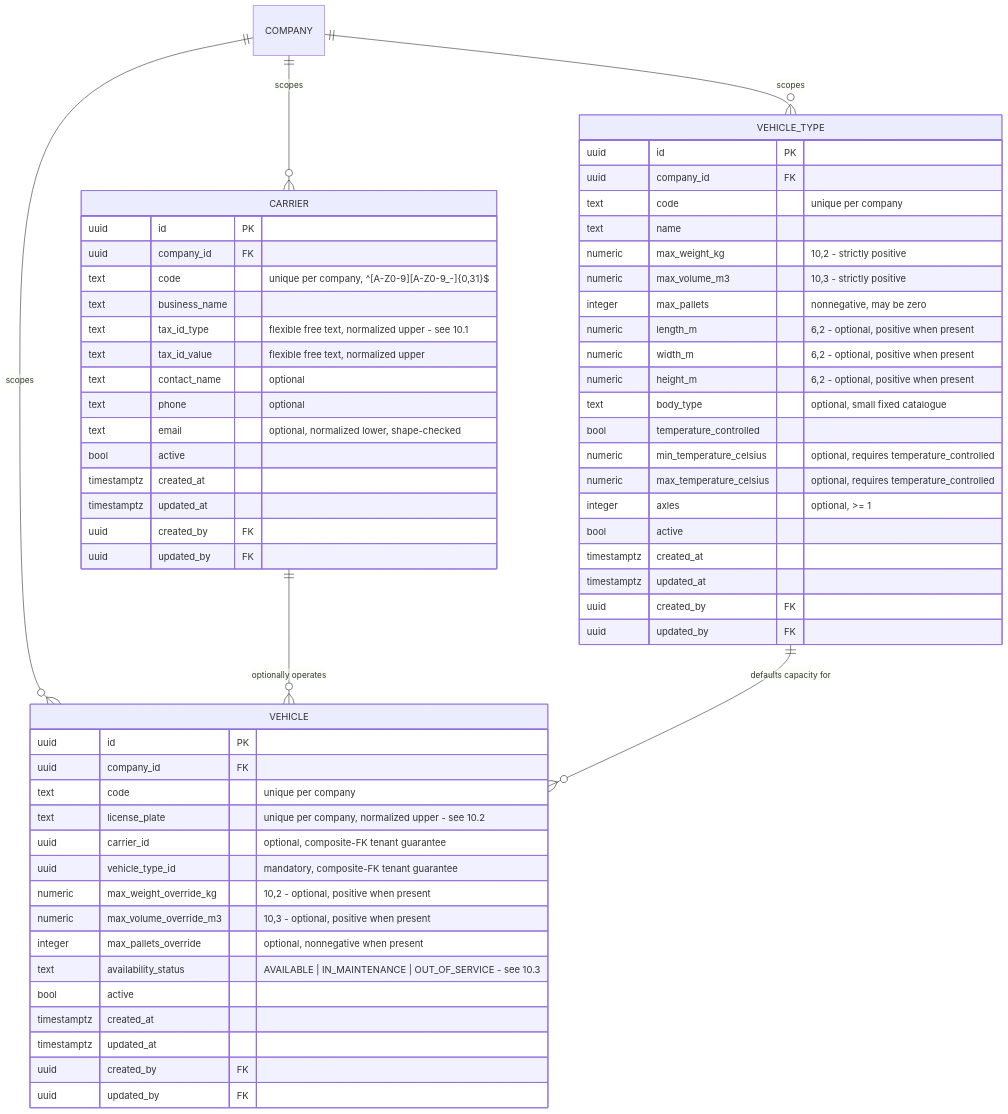
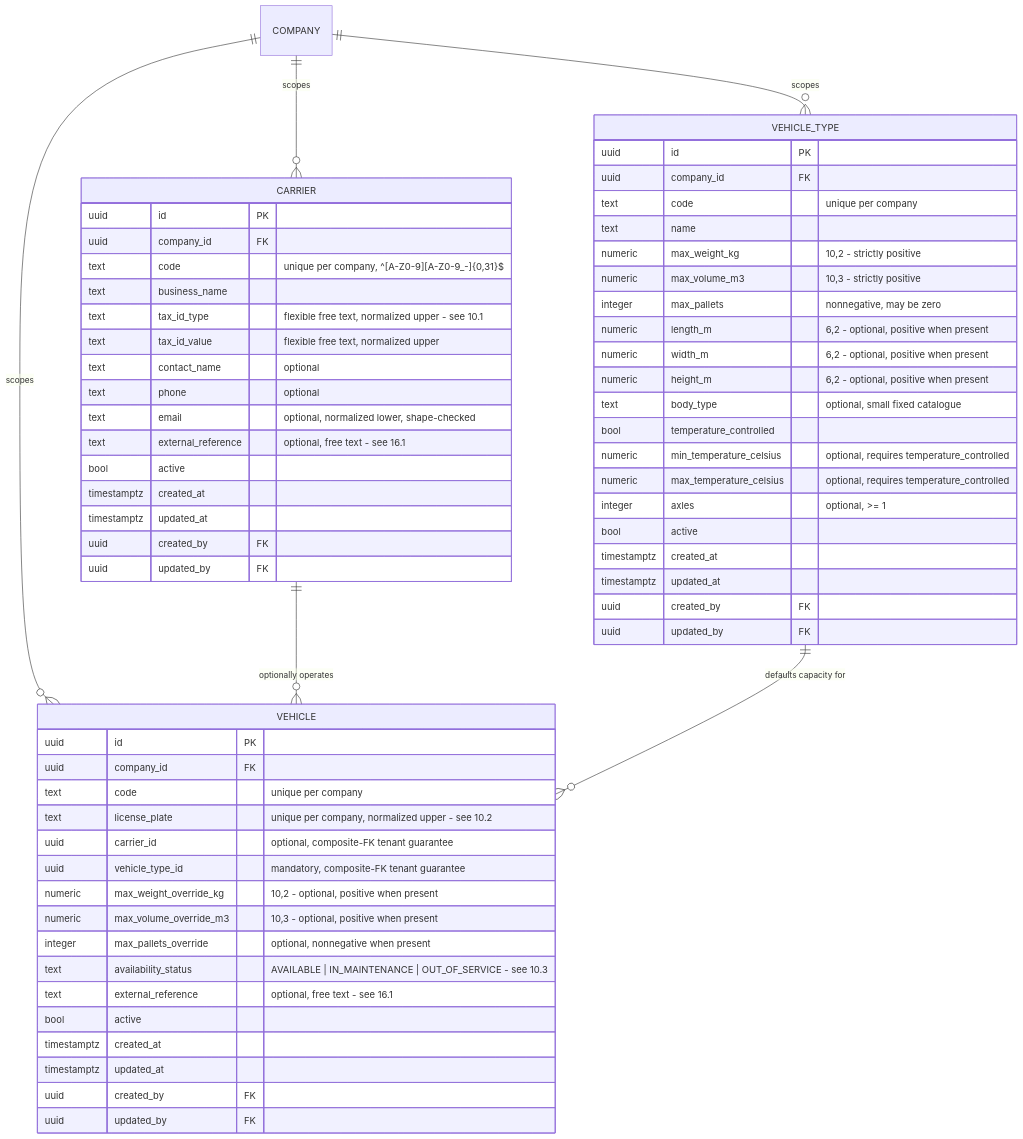
The fifth of 8 diagrams in docs/database/DATA_MODEL.md (dcalagua/TMS), drawn with Mermaid before and after one commit. The commit also changed other lines of this file and 26 other files, not shown here.

First line of the commit message:
feat(fleet): carrier/vehicle external reference and vehicle double-booking invariant

````diff
--- a/docs/database/DATA_MODEL.md
+++ b/docs/database/DATA_MODEL.md
@@ -625,64 +625,66 @@
 ```mermaid
 erDiagram
     COMPANY      ||--o{ CARRIER      : "scopes"
     COMPANY      ||--o{ VEHICLE_TYPE : "scopes"
     COMPANY      ||--o{ VEHICLE      : "scopes"
     CARRIER      ||--o{ VEHICLE      : "optionally operates"
     VEHICLE_TYPE ||--o{ VEHICLE      : "defaults capacity for"
 
     CARRIER {
         uuid id PK
         uuid company_id FK
         text code "unique per company, ^[A-Z0-9][A-Z0-9_-]{0,31}$"
         text business_name
         text tax_id_type "flexible free text, normalized upper - see 10.1"
         text tax_id_value "flexible free text, normalized upper"
         text contact_name "optional"
         text phone "optional"
         text email "optional, normalized lower, shape-checked"
+        text external_reference "optional, free text - see 16.1"
         bool active
         timestamptz created_at
         timestamptz updated_at
         uuid created_by FK
         uuid updated_by FK
     }
     VEHICLE_TYPE {
         uuid id PK
         uuid company_id FK
         text code "unique per company"
         text name
         numeric max_weight_kg "10,2 - strictly positive"
         numeric max_volume_m3 "10,3 - strictly positive"
         integer max_pallets "nonnegative, may be zero"
         numeric length_m "6,2 - optional, positive when present"
         numeric width_m "6,2 - optional, positive when present"
         numeric height_m "6,2 - optional, positive when present"
         text body_type "optional, small fixed catalogue"
         bool temperature_controlled
         numeric min_temperature_celsius "optional, requires temperature_controlled"
         numeric max_temperature_celsius "optional, requires temperature_controlled"
         integer axles "optional, >= 1"
         bool active
         timestamptz created_at
         timestamptz updated_at
         uuid created_by FK
         uuid updated_by FK
     }
     VEHICLE {
         uuid id PK
         uuid company_id FK
         text code "unique per company"
         text license_plate "unique per company, normalized upper - see 10.2"
         uuid carrier_id "optional, composite-FK tenant guarantee"
         uuid vehicle_type_id "mandatory, composite-FK tenant guarantee"
         numeric max_weight_override_kg "10,2 - optional, positive when present"
         numeric max_volume_override_m3 "10,3 - optional, positive when present"
         integer max_pallets_override "optional, nonnegative when present"
         text availability_status "AVAILABLE | IN_MAINTENANCE | OUT_OF_SERVICE - see 10.3"
+        text external_reference "optional, free text - see 16.1"
         bool active
         timestamptz created_at
         timestamptz updated_at
         uuid created_by FK
         uuid updated_by FK
     }
 ```
````
